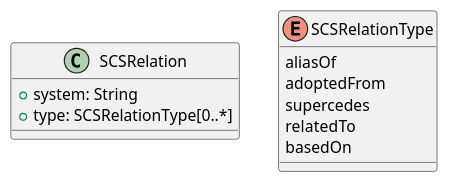
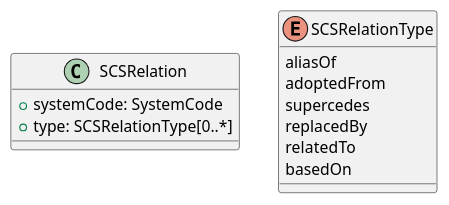
Before and after one commit to CalConnect/csd-transcription-systems: the diagram in sources/models/relation.wsd, drawn with PlantUML. The commit also changed 4 other files, not shown here.

```diff
--- a/sources/models/relation.wsd
+++ b/sources/models/relation.wsd
@@ -1,16 +1,17 @@
 
 '******* CONFIGURATION ************************************************
 class SCSRelation {
-  +system: String
+  +systemCode: SystemCode
   +type: SCSRelationType[0..*]
 }
 
 enum SCSRelationType {
   aliasOf
   adoptedFrom
   supercedes
+  replacedBy
   relatedTo
   basedOn
 }
 
 '******* CLASS RELATIONS **********************************************
```
